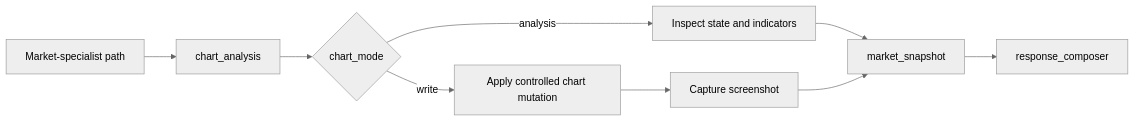
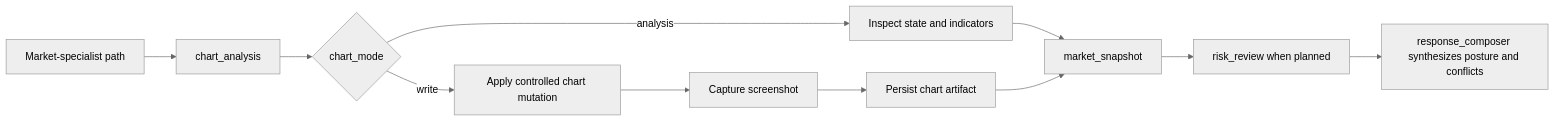
One commit to FajarArrizki/docs changed the second of 2 diagrams in features/agent/index.mdx. Above: the diagram before and after it, drawn with Mermaid (neutral theme). The commit also changed other lines of this file and 8 other files, not shown here.

````diff
--- a/features/agent/index.mdx
+++ b/features/agent/index.mdx
@@ -183,11 +236,13 @@
 ```mermaid
 flowchart LR
     A[Market-specialist path] --> B[chart_analysis]
     B --> C{chart_mode}
     C -->|analysis| D[Inspect state and indicators]
     C -->|write| E[Apply controlled chart mutation]
     D --> F[market_snapshot]
     E --> G[Capture screenshot]
-    G --> F
-    F --> H[response_composer]
-```
+    G --> H[Persist chart artifact]
+    H --> F
+    F --> I[risk_review when planned]
+    I --> J[response_composer synthesizes posture and conflicts]
+``` 
````
